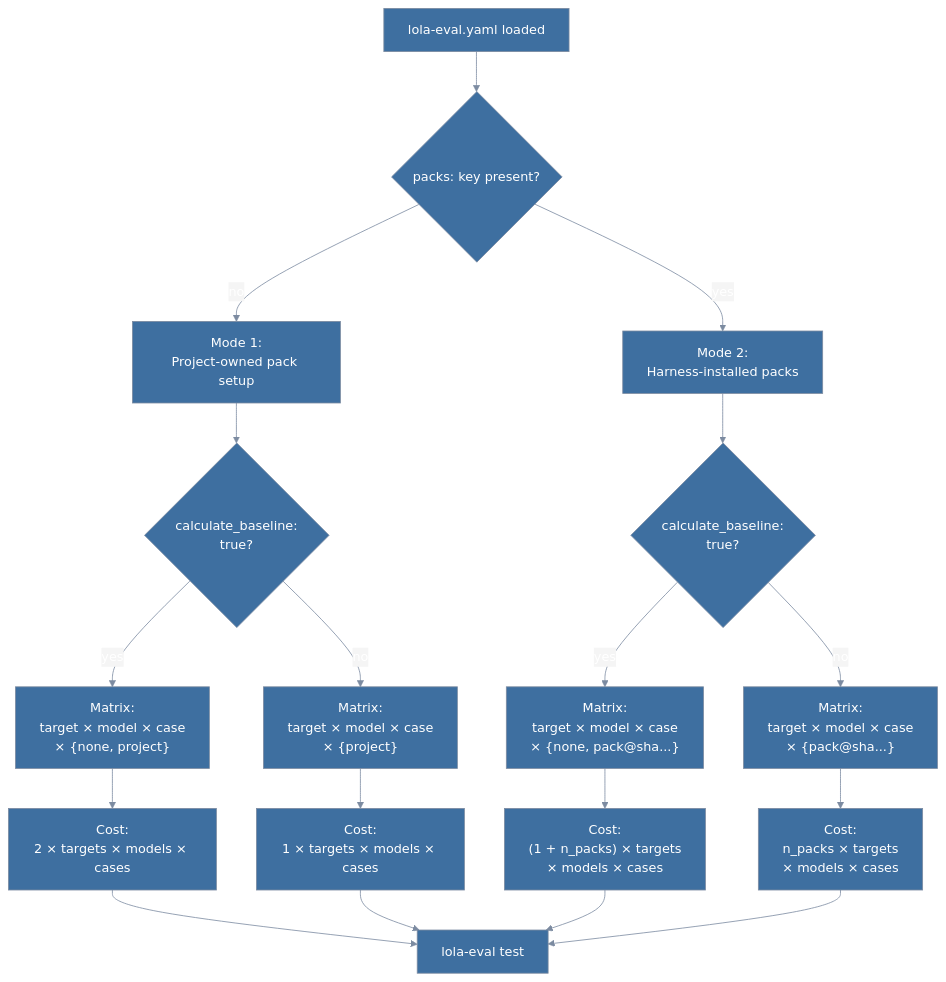
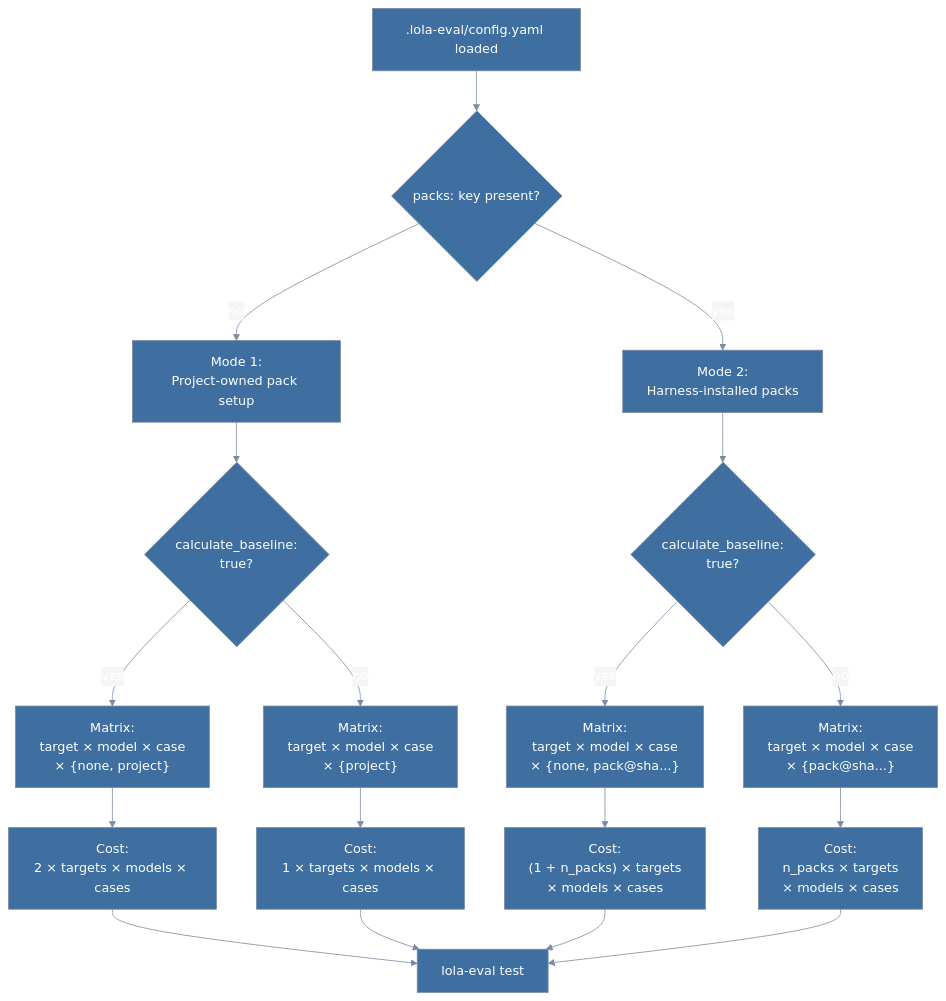
Before and after one commit to complytime-labs/lola-eval: the second of 4 diagrams in docs/walkthrough.md, drawn with Mermaid. The commit also changed other lines of this file and 124 other files, not shown here.

First line of the commit message:
refactor: consolidate state under per-test-set .lola-eval/ directories

````diff
--- a/docs/walkthrough.md
+++ b/docs/walkthrough.md
@@ -451,34 +448,34 @@
 ```mermaid
 %%{init: {'theme': 'base', 'themeVariables': {
   'primaryColor': '#3e6fa0',
   'primaryTextColor': '#ffffff',
   'primaryBorderColor': '#7c8ba1',
   'lineColor': '#7c8ba1',
   'edgeLabelBackground': '#f5f5f5',
   'fontFamily': 'system-ui, sans-serif',
   'labelTextColor': '#1e1e1e'
 }}}%%
 flowchart TD
-  Start["lola-eval.yaml loaded"] --> HasPacks{"packs: key present?"}
+  Start[".lola-eval/config.yaml loaded"] --> HasPacks{"packs: key present?"}
   
   HasPacks -->|no| Mode1["Mode 1:<br/>Project-owned pack setup"]
   HasPacks -->|yes| Mode2["Mode 2:<br/>Harness-installed packs"]
   
   Mode1 --> Baseline1{"calculate_baseline:<br/>true?"}
   Baseline1 -->|yes| MatrixMode1A["Matrix:<br/>target × model × case<br/>× {none, project}"]
   Baseline1 -->|no| MatrixMode1B["Matrix:<br/>target × model × case<br/>× {project}"]
   
   Mode2 --> Baseline2{"calculate_baseline:<br/>true?"}
   Baseline2 -->|yes| MatrixMode2A["Matrix:<br/>target × model × case<br/>× {none, pack@sha...}"]
   Baseline2 -->|no| MatrixMode2B["Matrix:<br/>target × model × case<br/>× {pack@sha...}"]
   
   MatrixMode1A --> CostMode1A["Cost:<br/>2 × targets × models × cases"]
   MatrixMode1B --> CostMode1B["Cost:<br/>1 × targets × models × cases"]
   MatrixMode2A --> CostMode2A["Cost:<br/>(1 + n_packs) × targets<br/>× models × cases"]
   MatrixMode2B --> CostMode2B["Cost:<br/>n_packs × targets<br/>× models × cases"]
   
   CostMode1A --> Run[lola-eval test]
   CostMode1B --> Run
   CostMode2A --> Run
   CostMode2B --> Run
 ```
````
